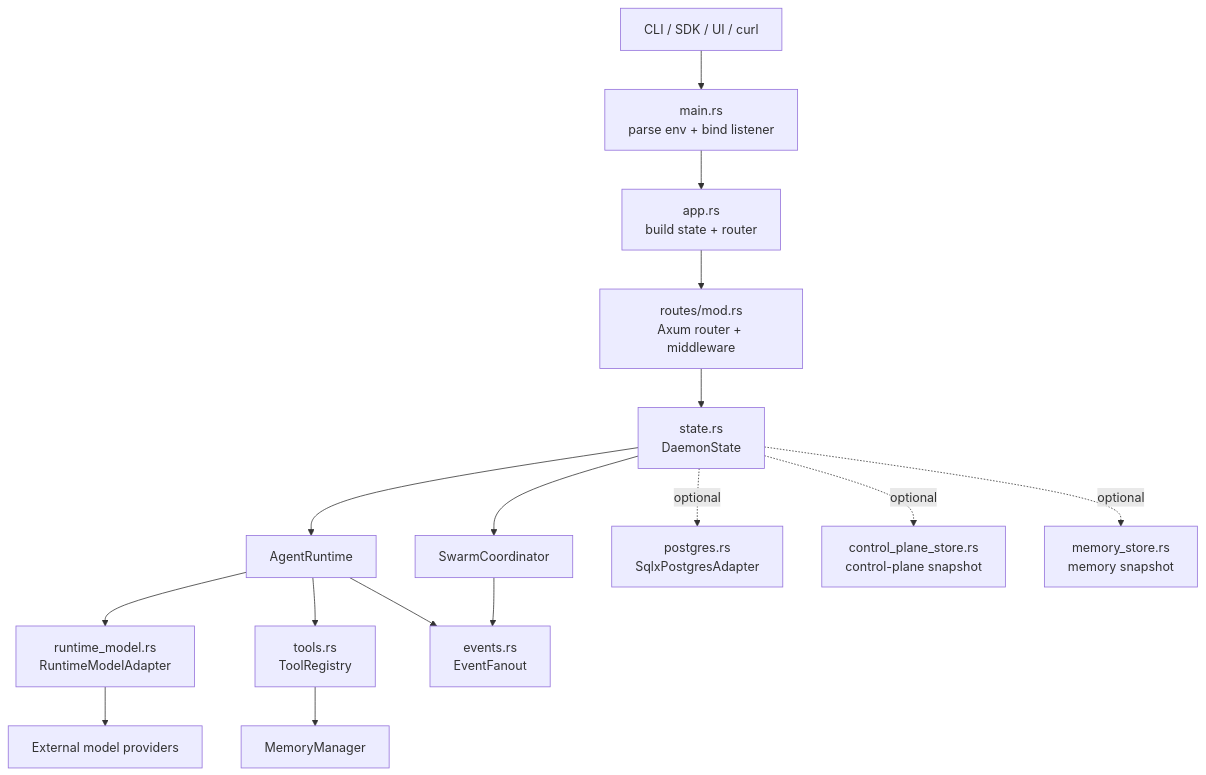
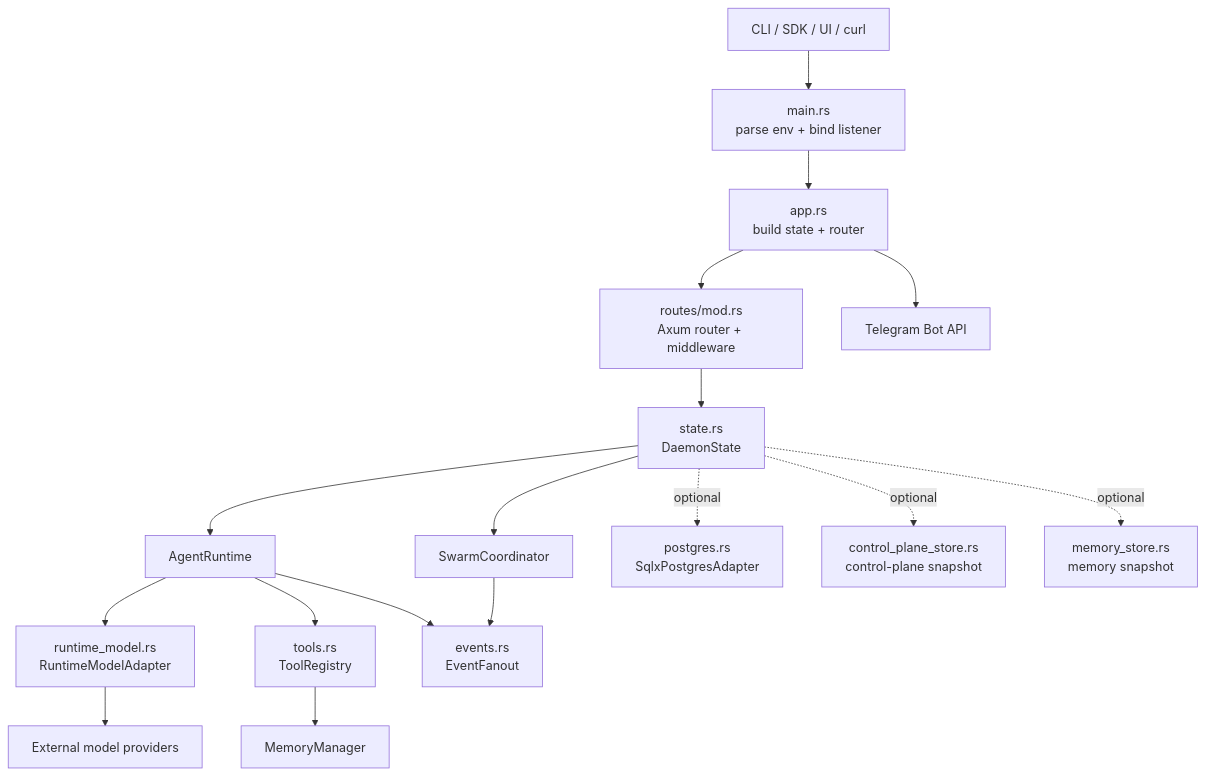
One commit to G9000/animaOS-SWARM changed the first of 3 diagrams in docs/rust-daemon-architecture.md. Above: the diagram before and after it, drawn with Mermaid. The commit also changed other lines of this file and 10 other files, not shown here.

````diff
--- a/docs/rust-daemon-architecture.md
+++ b/docs/rust-daemon-architecture.md
@@ -28,34 +29,36 @@
 ```mermaid
 graph TD
     Client["CLI / SDK / UI / curl"]
     Main["main.rs\nparse env + bind listener"]
     App["app.rs\nbuild state + router"]
     Router["routes/mod.rs\nAxum router + middleware"]
     State["state.rs\nDaemonState"]
     Runtime["AgentRuntime"]
     Swarm["SwarmCoordinator"]
     Model["runtime_model.rs\nRuntimeModelAdapter"]
     Tools["tools.rs\nToolRegistry"]
     Memory["MemoryManager"]
     Events["events.rs\nEventFanout"]
     Postgres["postgres.rs\nSqlxPostgresAdapter"]
     ControlPlane["control_plane_store.rs\ncontrol-plane snapshot"]
     MemoryStore["memory_store.rs\nmemory snapshot"]
     Providers["External model providers"]
+    Telegram["Telegram Bot API"]
 
     Client --> Main
     Main --> App
     App --> Router
     Router --> State
     State --> Runtime
     State --> Swarm
     Runtime --> Model
     Runtime --> Tools
     Tools --> Memory
     Swarm --> Events
     Runtime --> Events
     Model --> Providers
+    App --> Telegram
     State -. optional .-> Postgres
     State -. optional .-> ControlPlane
     State -. optional .-> MemoryStore
 ```
````
